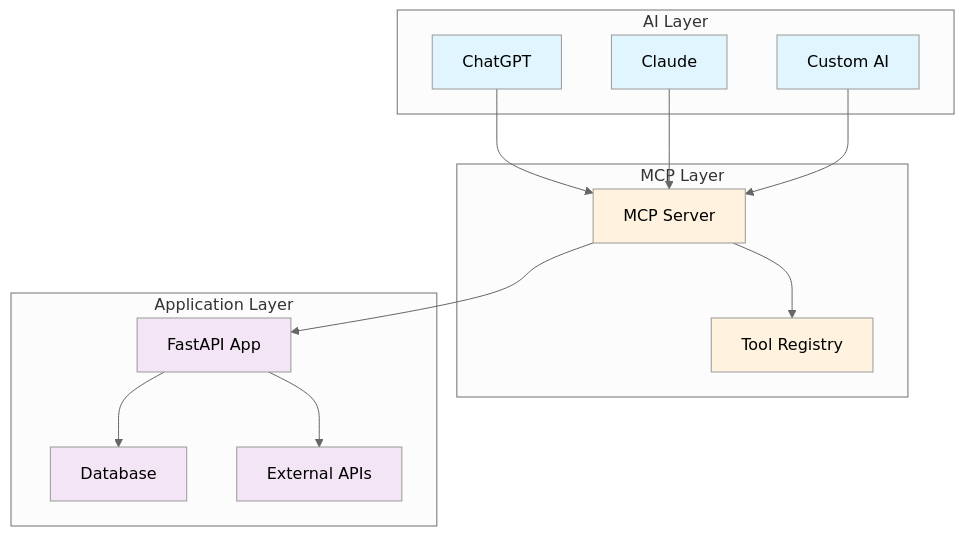
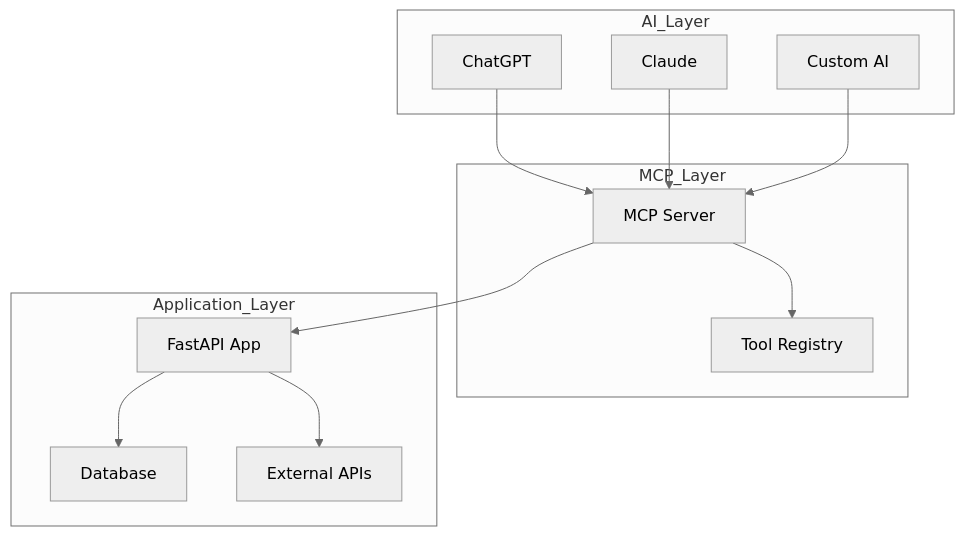
Before and after one commit to sethukrs/fastapi-mcp-demo: the second of 3 diagrams in README.md, drawn with Mermaid (neutral theme). The commit also changed other lines of this file, not shown here.

Commit message:
playing with MCP

````diff
--- a/README.md
+++ b/README.md
@@ -36,36 +31,24 @@
 ```mermaid
 graph TB
-    subgraph "AI Layer"
+    subgraph AI_Layer
         A1[ChatGPT]
         A2[Claude]
         A3[Custom AI]
     end
-    
-    subgraph "MCP Layer"
+    subgraph MCP_Layer
         B1[MCP Server]
         B2[Tool Registry]
     end
-    
-    subgraph "Application Layer"
+    subgraph Application_Layer
         C1[FastAPI App]
         C2[Database]
         C3[External APIs]
     end
-    
     A1 --> B1
     A2 --> B1
     A3 --> B1
     B1 --> B2
     B1 --> C1
     C1 --> C2
     C1 --> C3
-    
-    style A1 fill:#e1f5fe
-    style A2 fill:#e1f5fe
-    style A3 fill:#e1f5fe
-    style B1 fill:#fff3e0
-    style B2 fill:#fff3e0
-    style C1 fill:#f3e5f5
-    style C2 fill:#f3e5f5
-    style C3 fill:#f3e5f5
 ```
````
